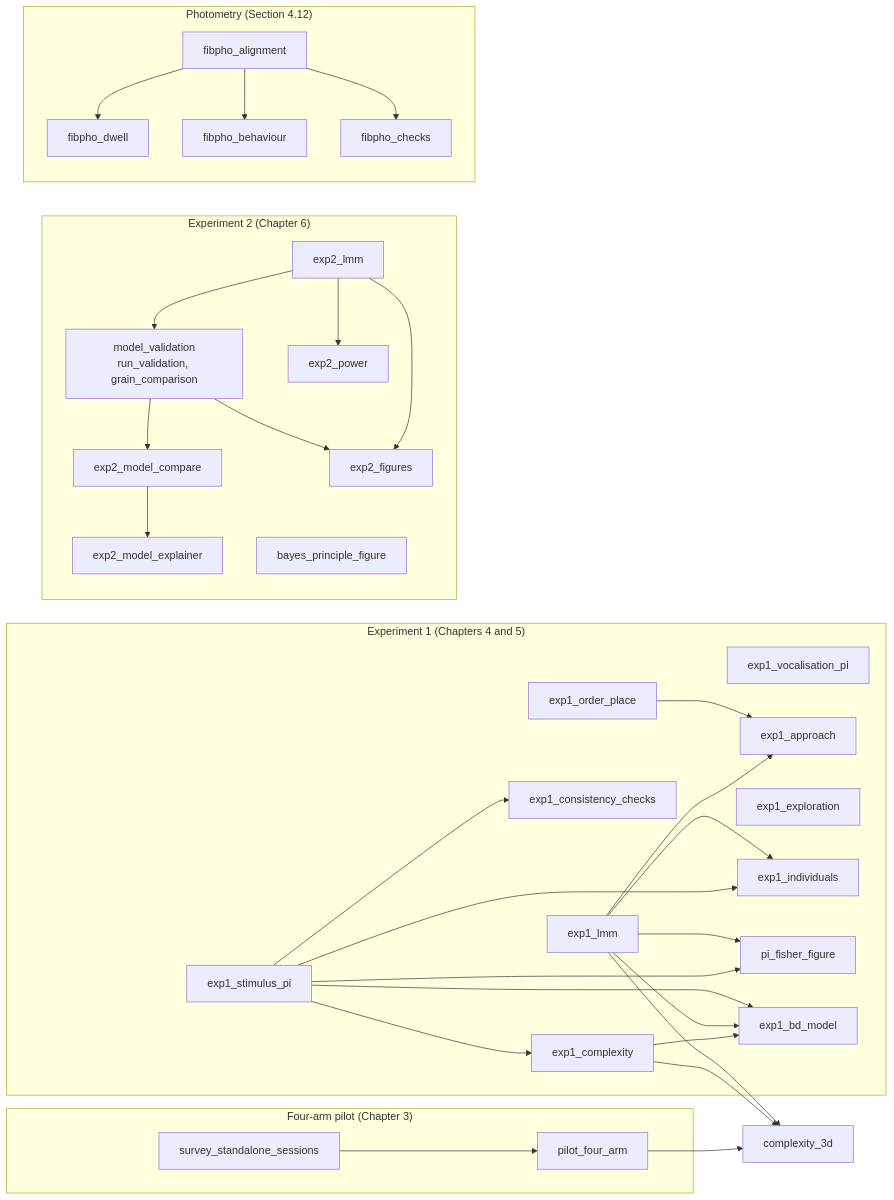
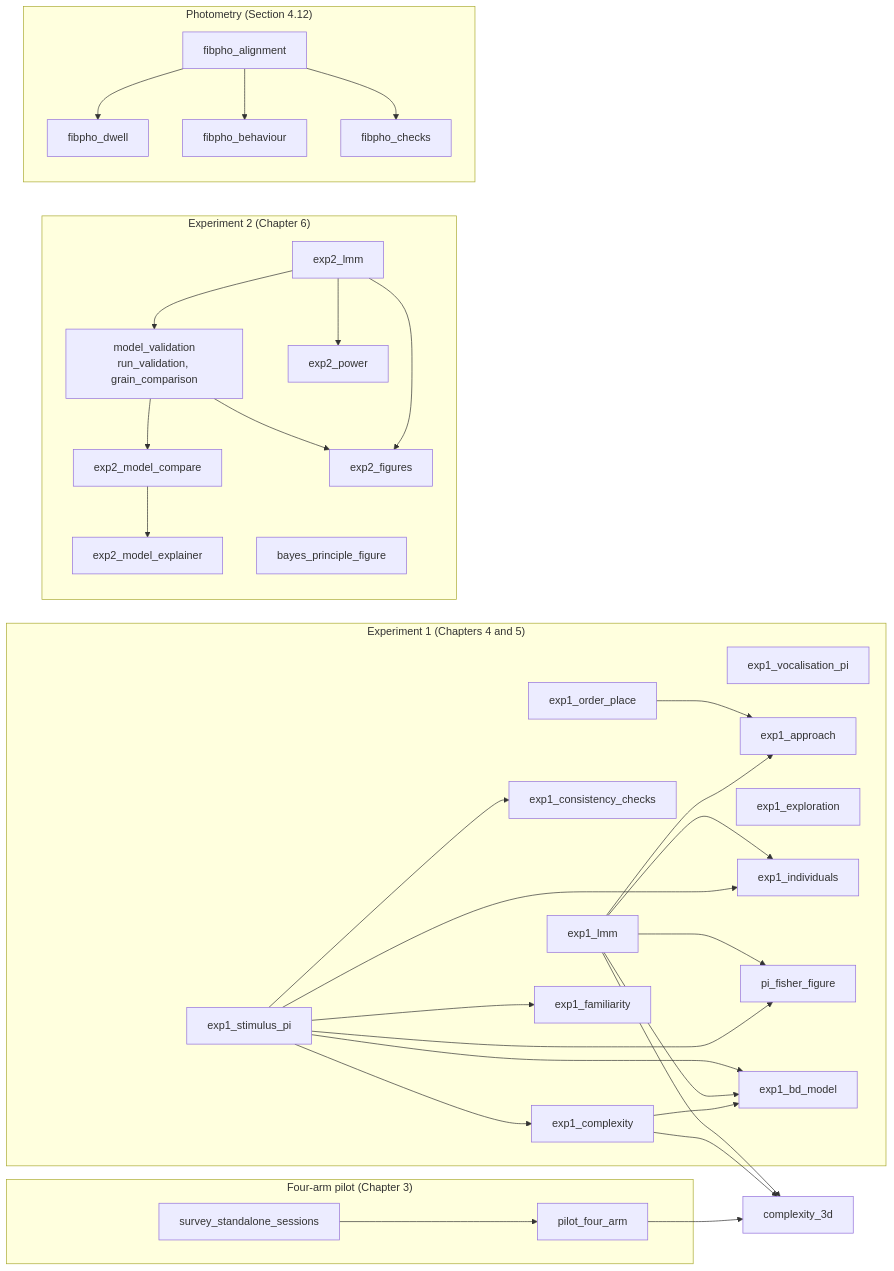
Before and after one commit to MaravallLab/aMAZEing-maze: the diagram in docs/analysis/reproduce-thesis.md, drawn with Mermaid. The commit also changed other lines of this file and 2 other files, not shown here.

Commit message:
Test whether the vocalisation heard on days 1 to 5 is preferred on day 6
exp1_familiarity.py takes the recording each session's vocalisation arm
played from the two commits that changed it (443b4d2, 8 October 2025, and
d5f5a63, 5 January 2026), groups the mice by what they heard, and compares
each familiar recording on the vocalisation day within and between mice,
Holm corrected within each family. Documented in the auditory and
reproduce-thesis pages.

````diff
--- a/docs/analysis/reproduce-thesis.md
+++ b/docs/analysis/reproduce-thesis.md
@@ -46,37 +46,38 @@
 ```mermaid
 flowchart LR
     subgraph P["Four-arm pilot (Chapter 3)"]
         P1[survey_standalone_sessions] --> P2[pilot_four_arm]
     end
     subgraph E1["Experiment 1 (Chapters 4 and 5)"]
         V[exp1_vocalisation_pi]
         S[exp1_stimulus_pi] --> C[exp1_complexity]
         S --> K[exp1_consistency_checks]
         L[exp1_lmm] --> A[exp1_approach]
         O[exp1_order_place] --> A
         X[exp1_exploration]
         S --> I[exp1_individuals]
+        S --> M[exp1_familiarity]
         L --> I
         S --> F[pi_fisher_figure]
         L --> F
         C --> B[exp1_bd_model]
         L --> B
         S --> B
     end
     subgraph E2["Experiment 2 (Chapter 6)"]
         G1[exp2_lmm] --> MV[model_validation<br/>run_validation, grain_comparison]
         MV --> MC[exp2_model_compare] --> ME[exp2_model_explainer]
         MV --> FG[exp2_figures]
         G1 --> FG
         G1 --> PW[exp2_power]
         BP[bayes_principle_figure]
     end
     subgraph FP["Photometry (Section 4.12)"]
         FA[fibpho_alignment] --> FD[fibpho_dwell]
         FA --> FB[fibpho_behaviour]
         FA --> FC[fibpho_checks]
     end
     P2 --> C3[complexity_3d]
     C --> C3
     L --> C3
 ```
````
